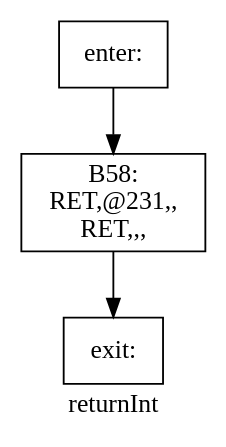
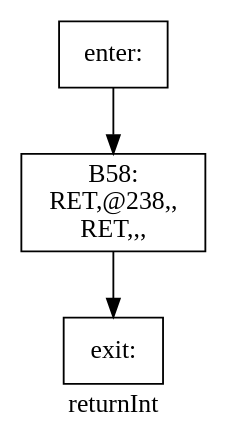
Before and after one commit to yifan123/Compiler: the diagram in Compiler/basic_block/dot/returnInt.dot, drawn with Graphviz. The commit also changed 392 other files, not shown here.

Commit message:
完工，做了以下优化： 1. 常量折叠 2. 划分基本块并使用graphviz绘制控制流图 3. 在parser时直接将所有常量的值计算出来 4. 到达定义分析，计算d-u链和活跃变量分析 5. 构建冲突图，图着色 6. 全局寄存器分配加寄存器池 7.栈传参改为寄存器传参

```diff
--- a/Compiler/basic_block/dot/returnInt.dot
+++ b/Compiler/basic_block/dot/returnInt.dot
@@ -1,8 +1,8 @@
 digraph returnInt{
 label =returnInt
-B58[label="B58:\nRET,@231,,\nRET,,,\n" shape=box]
+B58[label="B58:\nRET,@238,,\nRET,,,\n" shape=box]
 enter[label="enter:\n" shape=box]
 exit[label="exit:\n" shape=box]
 B58->exit
 enter->B58
 }
```
